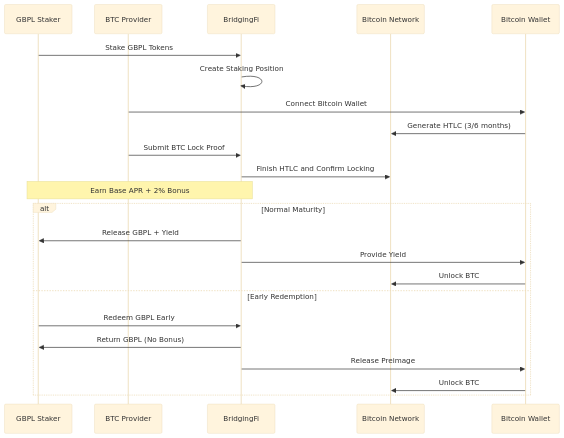
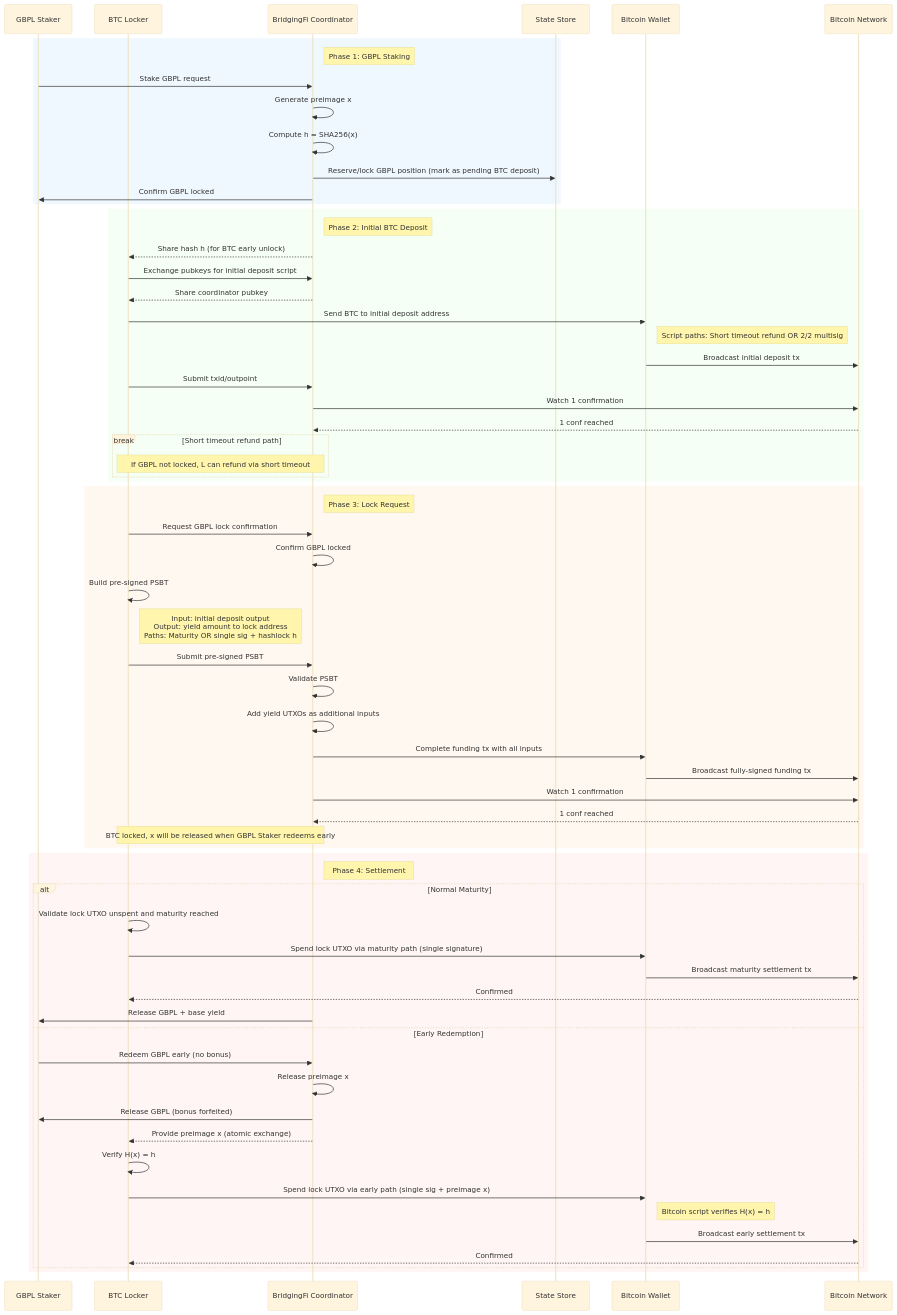
Before and after one commit to BridgingFi/solpunk: the third of 3 diagrams in README.md, drawn with Mermaid (base theme). The commit also changed other lines of this file and 8 other files, not shown here.

Commit message:
update tech design in readme, stake gbpl implementation

````diff
--- a/README.md
+++ b/README.md
@@ -113,26 +113,71 @@
 ```mermaid
 sequenceDiagram
     participant U as GBPL Staker
-    participant L as BTC Provider
-    participant S as BridgingFi
+    participant L as BTC Locker
+    participant S as BridgingFi Coordinator
+    participant K as State Store
+    participant W as Bitcoin Wallet
     participant B as Bitcoin Network
-    participant W as Bitcoin Wallet
 
-    U->>S: Stake GBPL Tokens
-    S->>S: Create Staking Position
-    L->>W: Connect Bitcoin Wallet
-    W->>B: Generate HTLC (3/6 months)
-    L->>S: Submit BTC Lock Proof
-    S->>B: Finish HTLC and Confirm Locking
-    Note over U,S: Earn Base APR + 2% Bonus
+    rect rgb(240,248,255)
+    note right of S: Phase 1: GBPL Staking
+    U->>S: Stake GBPL request
+    S->>S: Generate preimage x
+    S->>S: Compute h = SHA256(x)
+    S->>K: Reserve/lock GBPL position (mark as pending BTC deposit)
+    S->>U: Confirm GBPL locked
+    end
+
+    rect rgb(245,255,245)
+    note right of S: Phase 2: Initial BTC Deposit
+    S-->>L: Share hash h (for BTC early unlock)
+    L->>S: Exchange pubkeys for initial deposit script
+    S-->>L: Share coordinator pubkey
+    L->>W: Send BTC to initial deposit address
+    Note right of W: Script paths: Short timeout refund OR 2/2 multisig
+    W->>B: Broadcast initial deposit tx
+    L->>S: Submit txid/outpoint
+    S->>B: Watch 1 confirmation
+    B-->>S: 1 conf reached
+    break Short timeout refund path
+        Note over L,S: If GBPL not locked, L can refund via short timeout
+    end
+    end
+
+    rect rgb(255,248,240)
+    note right of S: Phase 3: Lock Request
+    L->>S: Request GBPL lock confirmation
+    S->>S: Confirm GBPL locked
+    L->>L: Build pre-signed PSBT
+    Note right of L: Input: initial deposit output<br/>Output: yield amount to lock address<br/>Paths: Maturity OR single sig + hashlock h
+    L->>S: Submit pre-signed PSBT
+    S->>S: Validate PSBT
+    S->>S: Add yield UTXOs as additional inputs
+    S->>W: Complete funding tx with all inputs
+    W->>B: Broadcast fully-signed funding tx
+    S->>B: Watch 1 confirmation
+    B-->>S: 1 conf reached
+    Note over L,S: BTC locked, x will be released when GBPL Staker redeems early
+    end
+
+    rect rgb(255,245,245)
+    note right of S: Phase 4: Settlement
     alt Normal Maturity
-        S->>U: Release GBPL + Yield
-        S->>W: Provide Yield
-        W->>B: Unlock BTC
+        L->>L: Validate lock UTXO unspent and maturity reached
+        L->>W: Spend lock UTXO via maturity path (single signature)
+        W->>B: Broadcast maturity settlement tx
+        B-->>L: Confirmed
+        S->>U: Release GBPL + base yield
     else Early Redemption
-        U->>S: Redeem GBPL Early
-        S->>U: Return GBPL (No Bonus)
-        S->>W: Release Preimage
-        W->>B: Unlock BTC
+        U->>S: Redeem GBPL early (no bonus)
+        S->>S: Release preimage x
+        S->>U: Release GBPL (bonus forfeited)
+        S-->>L: Provide preimage x (atomic exchange)
+        L->>L: Verify H(x) = h
+        L->>W: Spend lock UTXO via early path (single sig + preimage x)
+        Note right of W: Bitcoin script verifies H(x) = h
+        W->>B: Broadcast early settlement tx
+        B-->>L: Confirmed
+    end
     end
 ```
````
